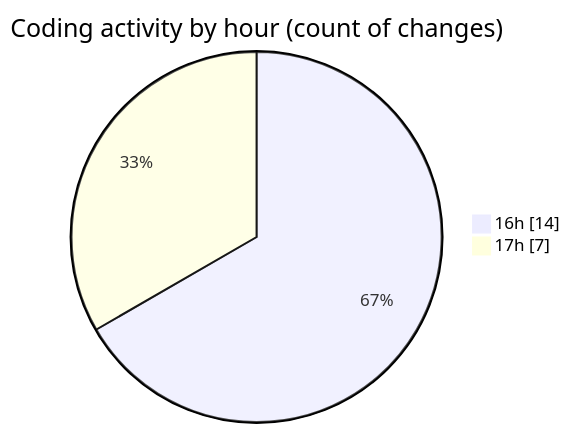
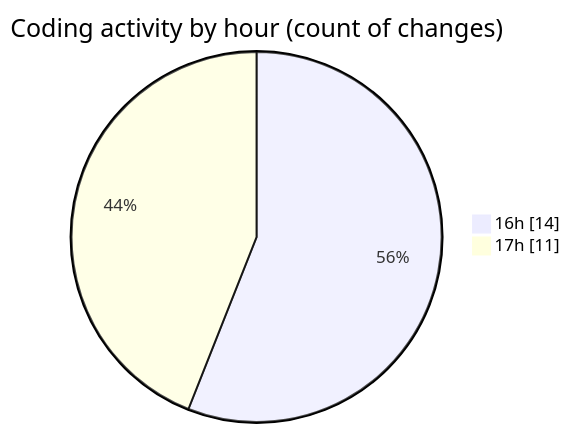
Before and after one commit to Elitesun/code-tracking: the second of 2 diagrams in 2025-01-31/flask/README.md, drawn with Mermaid. The commit also changed other lines of this file and 1 other file, not shown here.

````diff
--- a/2025-01-31/flask/README.md
+++ b/2025-01-31/flask/README.md
@@ -35,6 +35,6 @@
 ```mermaid
 pie showData
 title Coding activity by hour (count of changes)
 "16h" : 14
-"17h" : 7
+"17h" : 11
 ```
````
